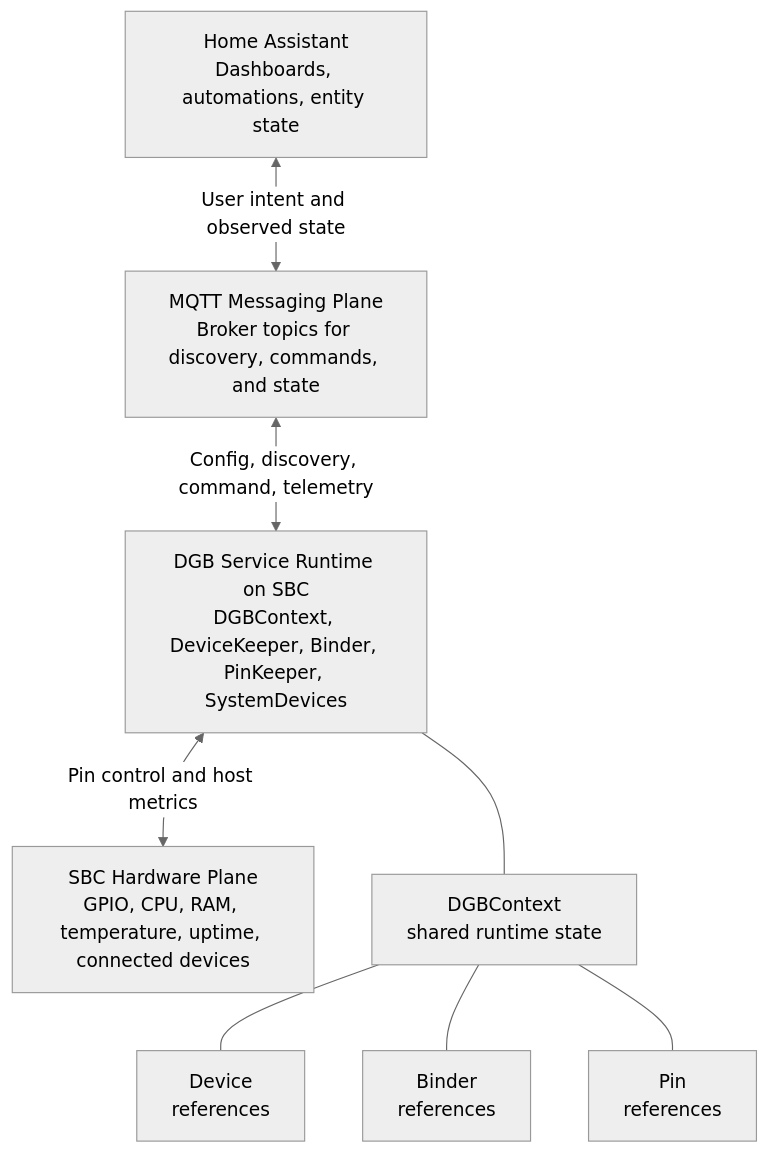
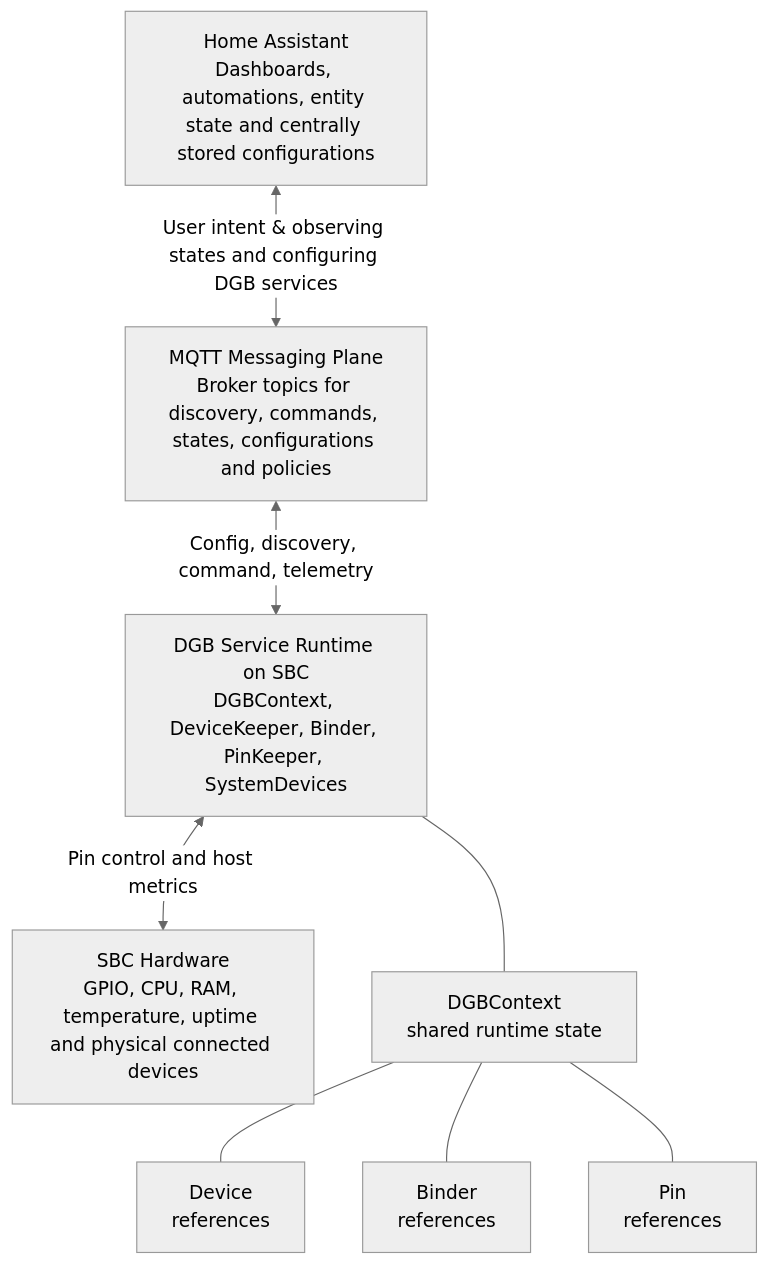
Before and after one commit to jvanoosterhout/HMD-DGB: the diagram in README.md, drawn with Mermaid (neutral theme). The commit also changed other lines of this file and 1 other file, not shown here.

Commit message:
Improved the README by reading it entirly and making it match again with HMD-DGB code.

````diff
--- a/README.md
+++ b/README.md
@@ -1378,22 +1378,22 @@
 ```mermaid
 flowchart TB
-  L1[Home Assistant<br/>Dashboards, automations, entity state]
-  L2[MQTT Messaging Plane<br/>Broker topics for discovery, commands, and state]
+  L1[Home Assistant<br/>Dashboards, automations, entity state and centrally stored configurations]
+  L2[MQTT Messaging Plane<br/>Broker topics for discovery, commands, states, configurations and policies]
   L3[DGB Service Runtime on SBC<br/>DGBContext, DeviceKeeper, Binder, PinKeeper, SystemDevices]
-  L4[SBC Hardware Plane<br/>GPIO, CPU, RAM, temperature, uptime, connected devices]
+  L4[SBC Hardware<br/>GPIO, CPU, RAM, temperature, uptime and physical connected devices]
 
-  L1 <--> |User intent and observed state| L2
+  L1 <--> |User intent & observing states and configuring DGB services| L2
   L2 <--> |Config, discovery, command, telemetry| L3
   L3 <--> |Pin control and host metrics| L4
 
   Ctx[DGBContext<br/>shared runtime state]
   Dev[Device<br/>references]
   Bind[Binder<br/>references]
   Pin[Pin<br/>references]
 
 
   L3 --- Ctx
   Ctx --- Dev
   Ctx --- Bind
   Ctx --- Pin
 ```
````
